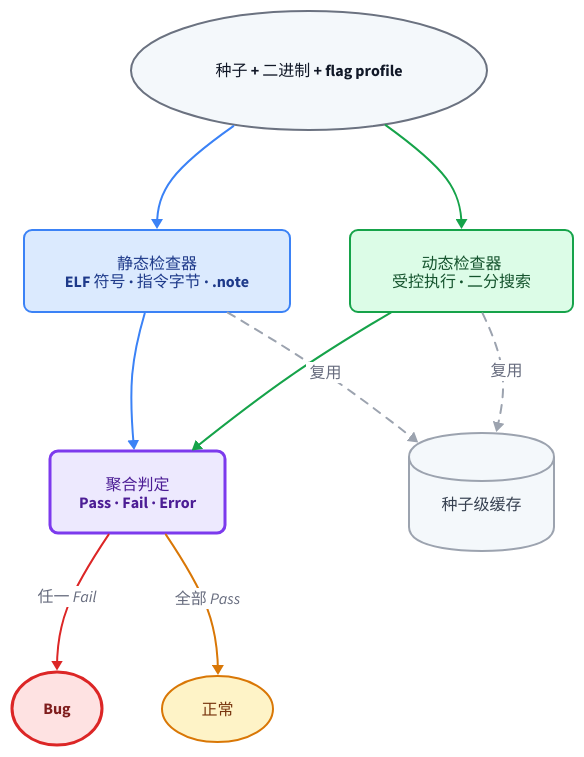
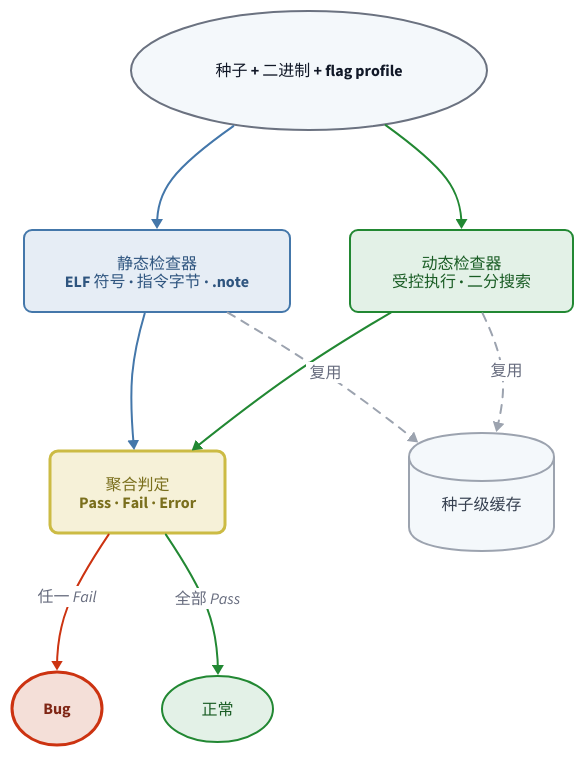
Before and after one commit to zjy-dev/de-fuzz: the diagram in docs/开题报告/assets/ch4-route/oracle-flow.zh.d2, drawn with D2. The commit also changed 42 other files, not shown here.

First line of the commit message:
docs: unify proposal figure palette

```diff
--- a/docs/开题报告/assets/ch4-route/oracle-flow.zh.d2
+++ b/docs/开题报告/assets/ch4-route/oracle-flow.zh.d2
@@ -1,67 +1,67 @@
 # 图 5 — 防御机制不变量预言机判定流程（中文版）
 # 渲染：d2 --layout=dagre --pad=24 oracle-flow.zh.d2 oracle-flow.zh.svg
 
 direction: down
 
 start: "种子 + 二进制 + flag profile" {
   shape: oval
   style: {
     fill: "#F4F8FB"; stroke: "#6B7280"; stroke-width: 2
     font-color: "#111827"
   }
 }
 
 static: "静态检查器\nELF 符号 · 指令字节 · .note" {
   style: {
-    fill: "#DBEAFE"; stroke: "#3B82F6"; stroke-width: 2
-    font-color: "#1E3A8A"; border-radius: 8
+    fill: "#E6EDF5"; stroke: "#4477AA"; stroke-width: 2
+    font-color: "#2F557F"; border-radius: 8
   }
 }
 
 dynamic: "动态检查器\n受控执行 · 二分搜索" {
   style: {
-    fill: "#DCFCE7"; stroke: "#16A34A"; stroke-width: 2
-    font-color: "#14532D"; border-radius: 8
+    fill: "#E3F1E7"; stroke: "#228833"; stroke-width: 2
+    font-color: "#195C24"; border-radius: 8
   }
 }
 
 verdict: "聚合判定\nPass · Fail · Error" {
   style: {
-    fill: "#EDE9FE"; stroke: "#7C3AED"; stroke-width: 3
-    font-color: "#4C1D95"; border-radius: 8; bold: true
+    fill: "#F6F1D8"; stroke: "#CCBB44"; stroke-width: 3
+    font-color: "#7A6F1D"; border-radius: 8; bold: true
   }
 }
 
 bug: "Bug" {
   shape: oval
   style: {
-    fill: "#FEE2E2"; stroke: "#DC2626"; stroke-width: 3
-    font-color: "#7F1D1D"; bold: true
+    fill: "#F4DFD8"; stroke: "#CC3311"; stroke-width: 3
+    font-color: "#7F2615"; bold: true
   }
 }
 
 nobug: "正常" {
   shape: oval
   style: {
-    fill: "#FEF3C7"; stroke: "#D97706"; stroke-width: 2
-    font-color: "#78350F"
+    fill: "#E3F1E7"; stroke: "#228833"; stroke-width: 2
+    font-color: "#195C24"
   }
 }
 
 cache: "种子级缓存" {
   shape: cylinder
   style: {
     fill: "#F4F8FB"; stroke: "#9CA3AF"; stroke-width: 2
     font-color: "#374151"
   }
 }
 
-start -> static  { style: { stroke: "#3B82F6"; stroke-width: 2 } }
-start -> dynamic { style: { stroke: "#16A34A"; stroke-width: 2 } }
-static  -> verdict { style: { stroke: "#3B82F6"; stroke-width: 2 } }
-dynamic -> verdict { style: { stroke: "#16A34A"; stroke-width: 2 } }
-verdict -> bug:   "任一 Fail" { style: { stroke: "#DC2626"; stroke-width: 2 } }
-verdict -> nobug: "全部 Pass" { style: { stroke: "#D97706"; stroke-width: 2 } }
+start -> static  { style: { stroke: "#4477AA"; stroke-width: 2 } }
+start -> dynamic { style: { stroke: "#228833"; stroke-width: 2 } }
+static  -> verdict { style: { stroke: "#4477AA"; stroke-width: 2 } }
+dynamic -> verdict { style: { stroke: "#228833"; stroke-width: 2 } }
+verdict -> bug:   "任一 Fail" { style: { stroke: "#CC3311"; stroke-width: 2 } }
+verdict -> nobug: "全部 Pass" { style: { stroke: "#228833"; stroke-width: 2 } }
 
 static  -> cache: "复用" { style: { stroke: "#9CA3AF"; stroke-width: 2; stroke-dash: 4 } }
 dynamic -> cache: "复用" { style: { stroke: "#9CA3AF"; stroke-width: 2; stroke-dash: 4 } }
```
